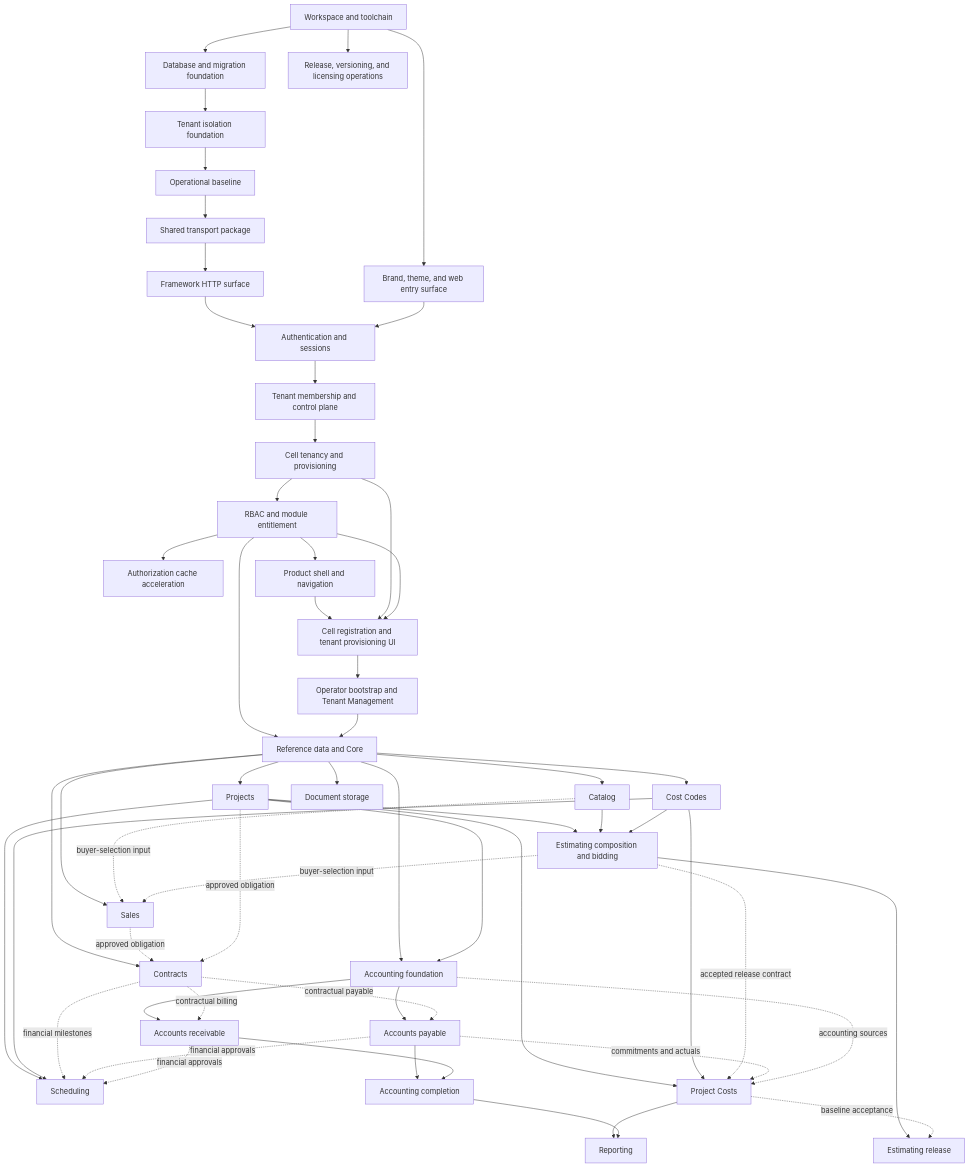
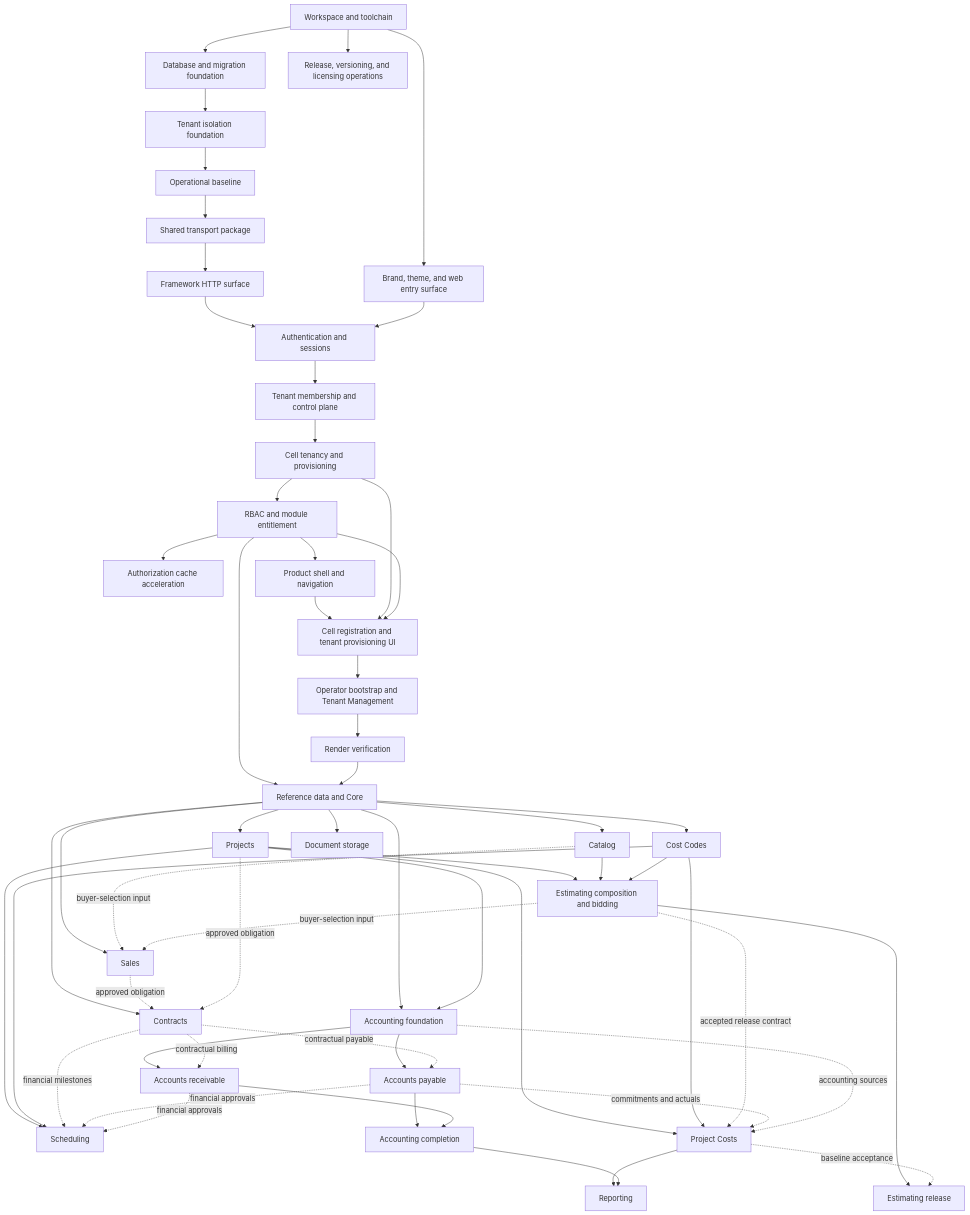
One commit to silverstone-i/nap changed the diagram in docs/roadmaps/DEVELOPMENT-ROADMAP.md. Above: the diagram before and after it, drawn with Mermaid. The commit also changed other lines of this file and 10 other files, not shown here.

First line of the commit message:
Prepare NAP for Render verification (#26)

````diff
--- a/docs/roadmaps/DEVELOPMENT-ROADMAP.md
+++ b/docs/roadmaps/DEVELOPMENT-ROADMAP.md
@@ -71,58 +71,59 @@
 ```mermaid
 flowchart TD
   workspace[Workspace and toolchain] --> database[Database and migration foundation]
   workspace --> entry[Brand, theme, and web entry surface]
   workspace --> release[Release, versioning, and licensing operations]
   database --> isolation[Tenant isolation foundation]
   isolation --> ops[Operational baseline]
   ops --> contracts0[Shared transport package]
   contracts0 --> framework[Framework HTTP surface]
   framework --> auth[Authentication and sessions]
   entry --> auth
   auth --> control[Tenant membership and control plane]
   control --> provisioning[Cell tenancy and provisioning]
   provisioning --> rbac[RBAC and module entitlement]
   rbac --> cache[Authorization cache acceleration]
   rbac --> shell[Product shell and navigation]
   rbac --> core[Reference data and Core]
   shell --> provisioningUI[Cell registration and tenant provisioning UI]
   provisioning --> provisioningUI
   rbac --> provisioningUI
   provisioningUI --> operatorBootstrap[Operator bootstrap and Tenant Management]
-  operatorBootstrap --> core
+  operatorBootstrap --> renderVerification[Render verification]
+  renderVerification --> core
   core --> projects[Projects]
   core --> costCodes[Cost Codes]
   core --> catalog[Catalog]
   core --> documents[Document storage]
   projects --> estimating[Estimating composition and bidding]
   catalog --> estimating
   costCodes --> estimating
   projects --> scheduling[Scheduling]
   costCodes --> scheduling
   projects --> projectCosts[Project Costs]
   costCodes --> projectCosts
   estimating -. accepted release contract .-> projectCosts
   estimating --> productionRelease[Estimating release]
   projectCosts -. baseline acceptance .-> productionRelease
   core --> sales[Sales]
   catalog -. buyer-selection input .-> sales
   estimating -. buyer-selection input .-> sales
   core --> agreements[Contracts]
   sales -. approved obligation .-> agreements
   projects -. approved obligation .-> agreements
   core --> accounting[Accounting foundation]
   projects --> accounting
   accounting --> ap[Accounts payable]
   accounting --> ar[Accounts receivable]
   agreements -. contractual payable .-> ap
   agreements -. contractual billing .-> ar
   ap --> completion[Accounting completion]
   ar --> completion
   ap -. commitments and actuals .-> projectCosts
   accounting -. accounting sources .-> projectCosts
   agreements -. financial milestones .-> scheduling
   ap -. financial approvals .-> scheduling
   ar -. financial approvals .-> scheduling
   projectCosts --> reporting[Reporting]
   completion --> reporting
 ```
````
